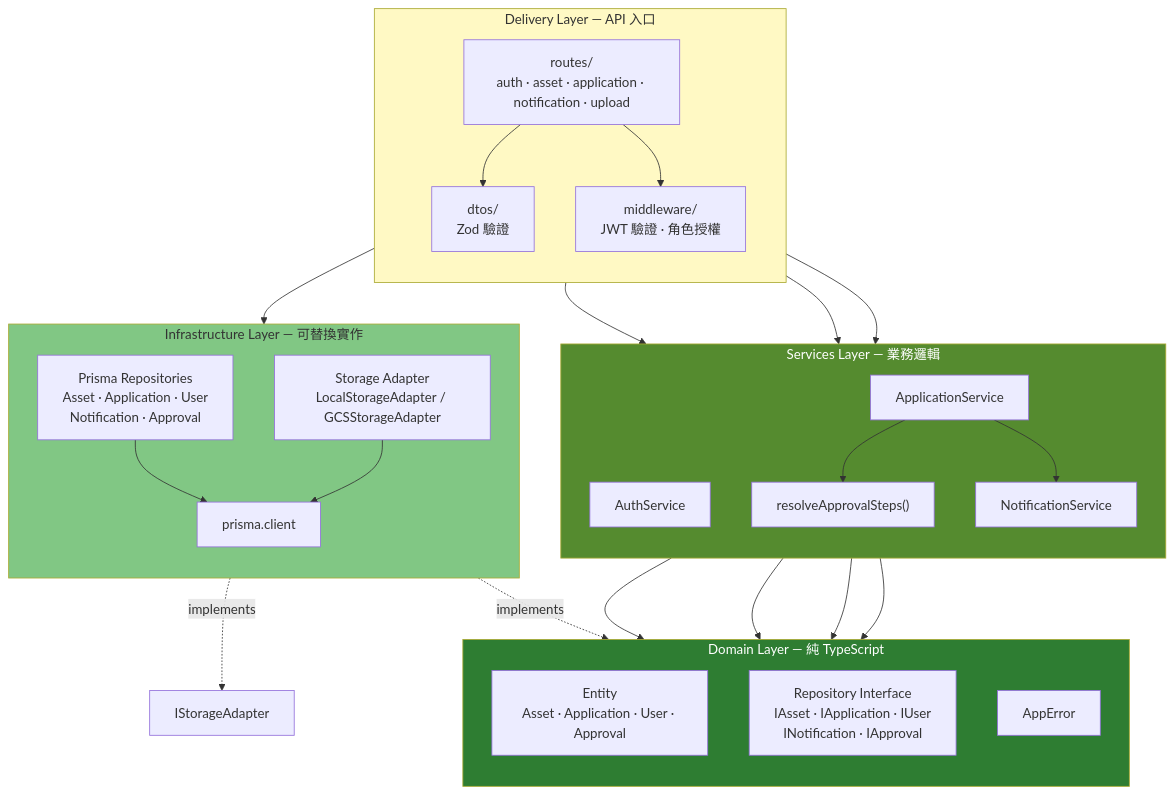
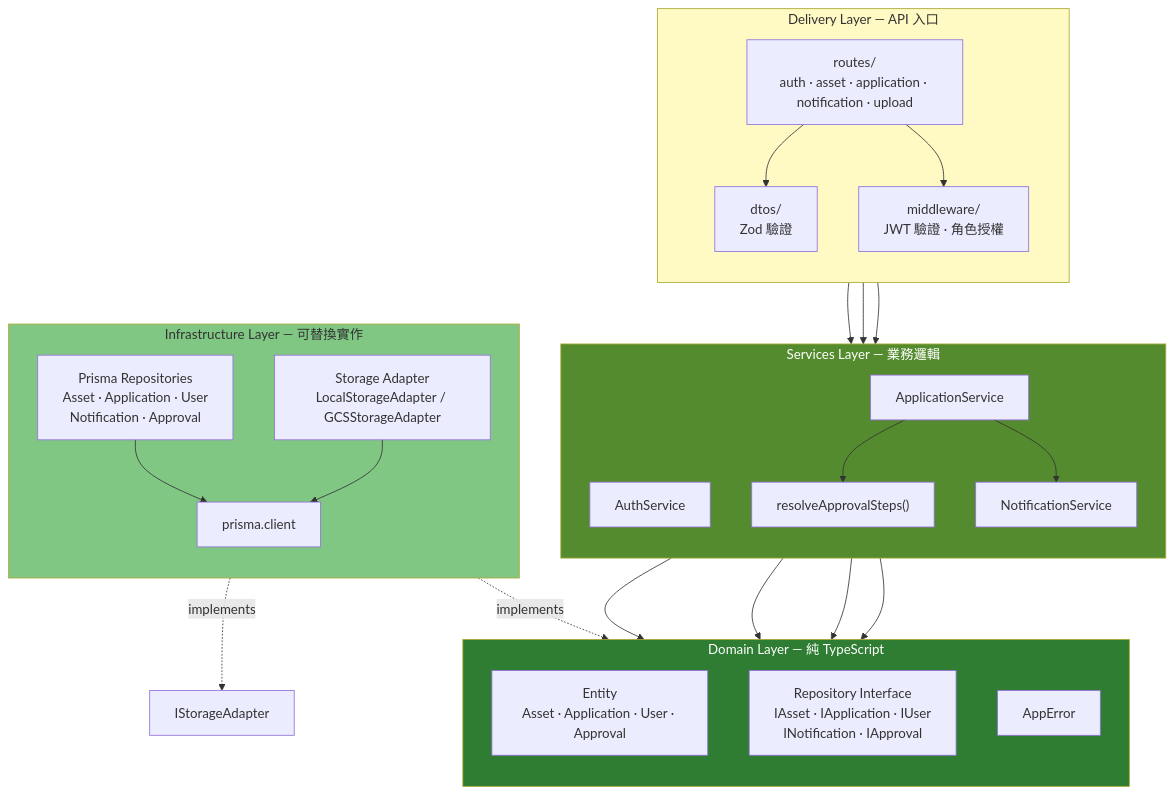
Before and after one commit to ryukyucoding/asset-management: the first of 3 diagrams in docs/clean-architecture.md, drawn with Mermaid. The commit also changed other lines of this file and 18 other files, not shown here.

````diff
--- a/docs/clean-architecture.md
+++ b/docs/clean-architecture.md
@@ -9,55 +9,54 @@
 ```mermaid
 flowchart TB
     subgraph Delivery["Delivery Layer — API 入口"]
         direction TB
         R["routes/<br/>auth · asset · application · notification · upload"]
         D["dtos/<br/>Zod 驗證"]
         M["middleware/<br/>JWT 驗證 · 角色授權"]
     end
 
     subgraph Services["Services Layer — 業務邏輯"]
         direction TB
         AS["AuthService"]
         AP["ApplicationService"]
         AR["resolveApprovalSteps()"]
         NS["NotificationService"]
     end
 
     subgraph Domain["Domain Layer — 純 TypeScript"]
         direction TB
         E["Entity<br/>Asset · Application · User · Approval"]
         I["Repository Interface<br/>IAsset · IApplication · IUser<br/>INotification · IApproval"]
         ER["AppError"]
     end
 
     subgraph Infra["Infrastructure Layer — 可替換實作"]
         direction TB
         REPO["Prisma Repositories<br/>Asset · Application · User<br/>Notification · Approval"]
         STG["Storage Adapter<br/>LocalStorageAdapter / GCSStorageAdapter"]
         DB["prisma.client"]
     end
 
     R --> D
     R --> M
     R --> AS
     R --> AP
     R --> NS
-    R --> REPO
 
     AS --> I
     AP --> I
     AP --> AR
     AP --> NS
     NS --> I
     AR --> E
 
     REPO -.->|implements| I
     STG -.->|implements| ISTG["IStorageAdapter"]
     REPO --> DB
     STG --> DB
 
     style Domain fill:#2e7d32,color:#fff
     style Services fill:#558b2f,color:#fff
     style Infra fill:#81c784
     style Delivery fill:#fff9c4
 ```
````
